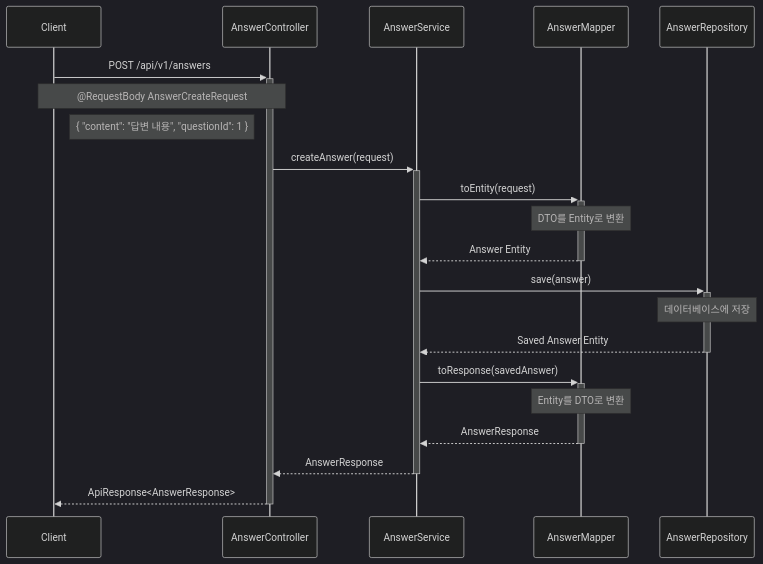
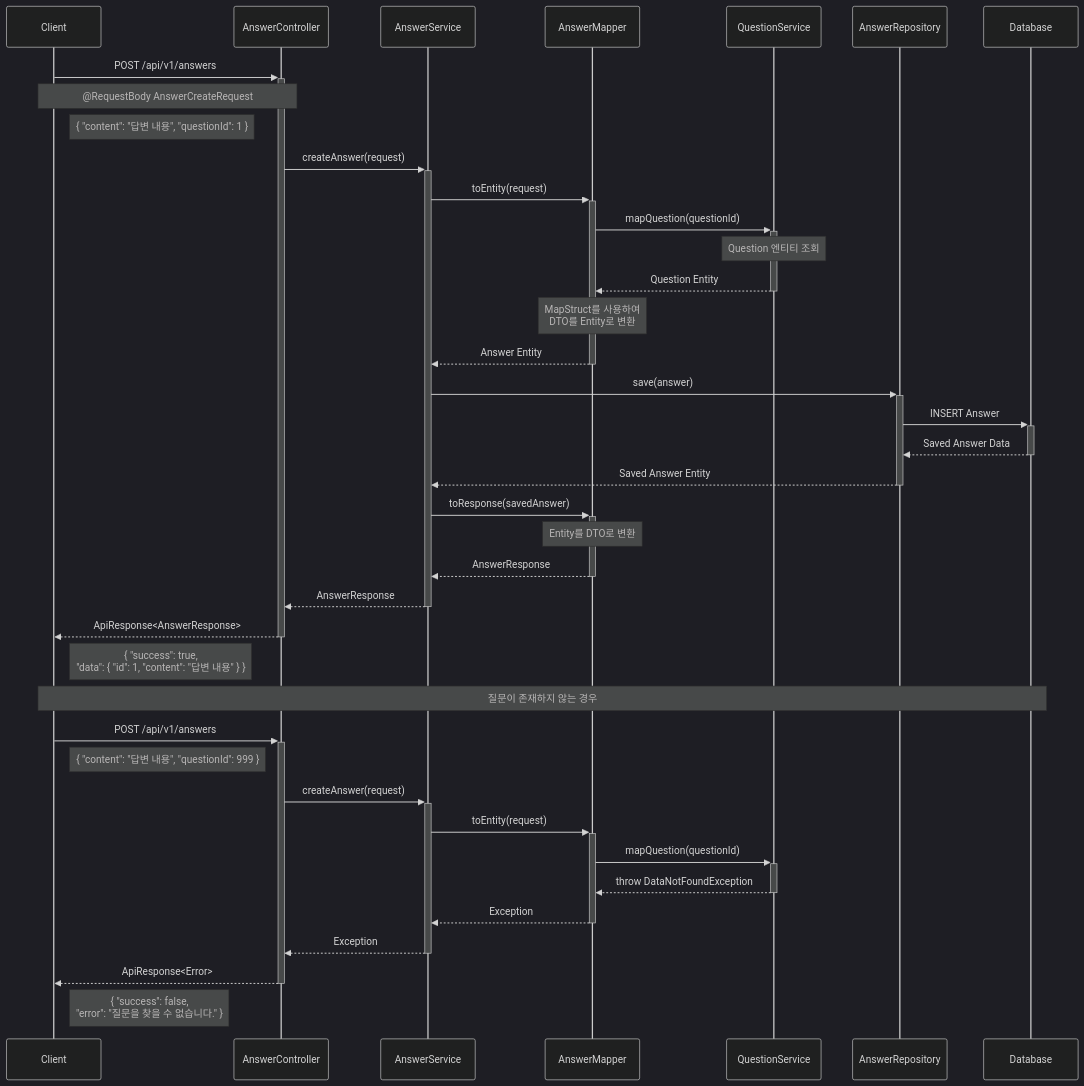
The third of 3 diagrams in README.md (yujm08/ezen-mini-backend), drawn with Mermaid (dark theme) before and after one commit. The commit also changed other lines of this file and 5 other files, not shown here.

````diff
--- a/README.md
+++ b/README.md
@@ -165,29 +192,53 @@
 ```mermaid
 sequenceDiagram
     participant C as Client
     participant AC as AnswerController
     participant AS as AnswerService
     participant AM as AnswerMapper
+    participant QS as QuestionService
     participant AR as AnswerRepository
+    participant DB as Database
 
+    %% 답변 생성 (POST)
     C->>+AC: POST /api/v1/answers
     Note over C,AC: @RequestBody AnswerCreateRequest
     Note right of C: { "content": "답변 내용", "questionId": 1 }
 
     AC->>+AS: createAnswer(request)
 
     AS->>+AM: toEntity(request)
-    Note over AM: DTO를 Entity로 변환
+
+    AM->>+QS: mapQuestion(questionId)
+    Note over QS: Question 엔티티 조회
+    QS-->>-AM: Question Entity
+
+    Note over AM: MapStruct를 사용하여<br/>DTO를 Entity로 변환
     AM-->>-AS: Answer Entity
 
     AS->>+AR: save(answer)
-    Note over AR: 데이터베이스에 저장
+    AR->>+DB: INSERT Answer
+    DB-->>-AR: Saved Answer Data
     AR-->>-AS: Saved Answer Entity
 
     AS->>+AM: toResponse(savedAnswer)
     Note over AM: Entity를 DTO로 변환
     AM-->>-AS: AnswerResponse
 
     AS-->>-AC: AnswerResponse
     AC-->>-C: ApiResponse<AnswerResponse>
+    Note right of C: { "success": true,<br/>"data": { "id": 1, "content": "답변 내용" } }
+
+    %% 예외 처리 시나리오
+    Note over C,DB: 질문이 존재하지 않는 경우
+    C->>+AC: POST /api/v1/answers
+    Note right of C: { "content": "답변 내용", "questionId": 999 }
+
+    AC->>+AS: createAnswer(request)
+    AS->>+AM: toEntity(request)
+    AM->>+QS: mapQuestion(questionId)
+    QS-->>-AM: throw DataNotFoundException
+    AM-->>-AS: Exception
+    AS-->>-AC: Exception
+    AC-->>-C: ApiResponse<Error>
+    Note right of C: { "success": false,<br/>"error": "질문을 찾을 수 없습니다." }
 ```
````
